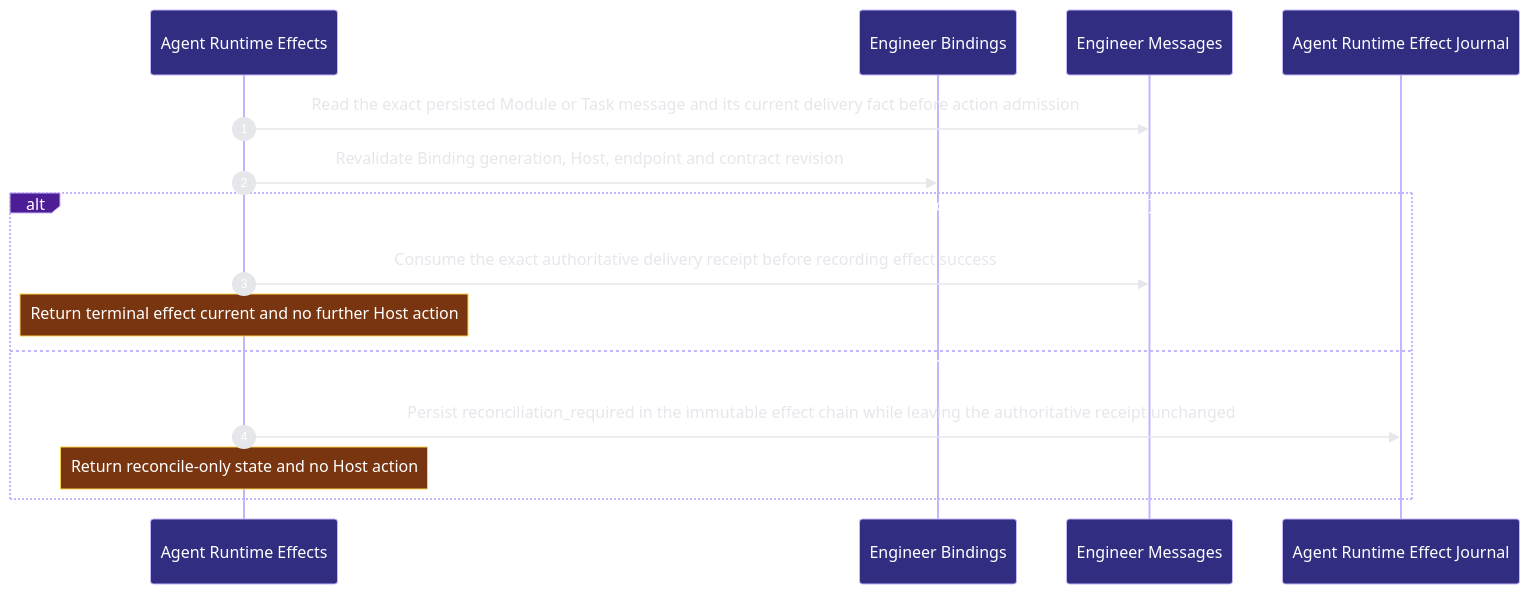
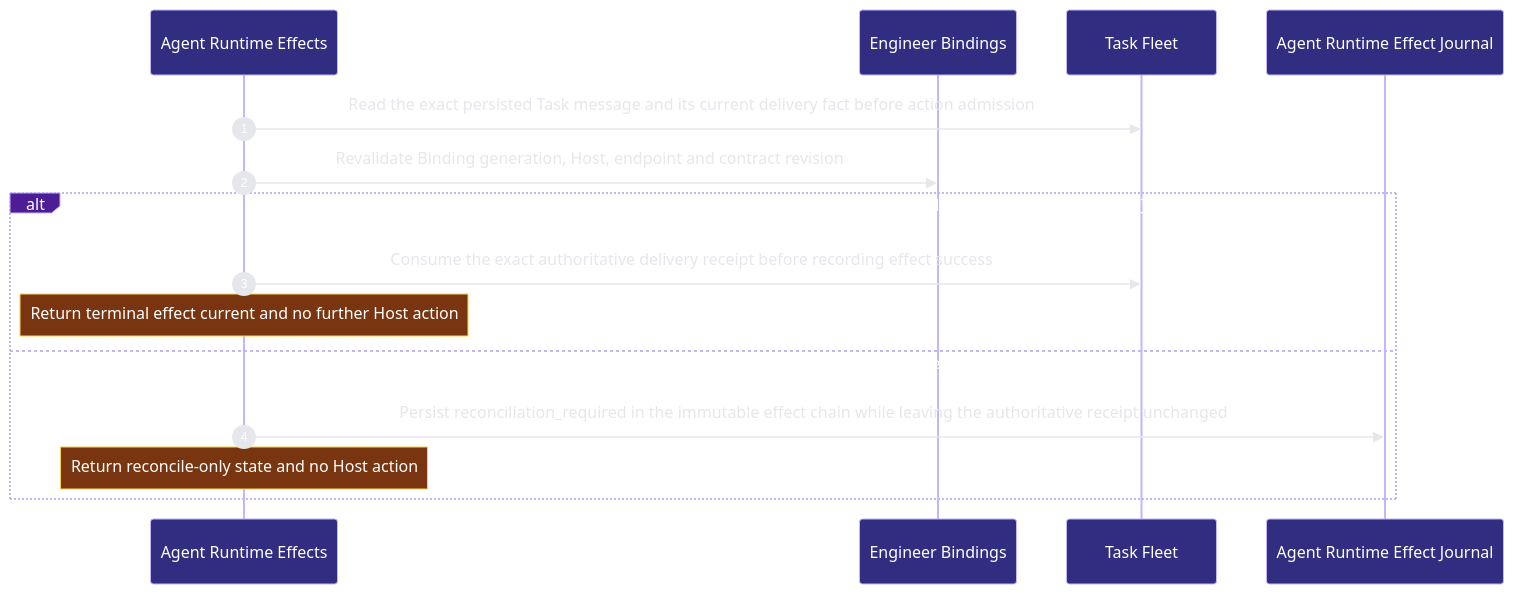
Before and after one commit to Ancienttwo/repo-harness: the second of 2 diagrams in docs/architecture/modules/runtime-harness/agent-runtime-effects.md, drawn with Mermaid. The commit also changed other lines of this file and 24 other files, not shown here.

Commit message:
docs(architecture): rebuild projection after capability retirement

````diff
--- a/docs/architecture/modules/runtime-harness/agent-runtime-effects.md
+++ b/docs/architecture/modules/runtime-harness/agent-runtime-effects.md
@@ -91,18 +91,18 @@
 ```mermaid
 %%{init: {"theme":"base","themeVariables":{"background":"#0d1117","actorBkg":"#312e81","actorBorder":"#c4b5fd","actorTextColor":"#ffffff","signalColor":"#e5e7eb","signalTextColor":"#e5e7eb","labelBoxBkgColor":"#4c1d95","labelBoxBorderColor":"#c4b5fd","labelTextColor":"#ffffff","noteBkgColor":"#78350f","noteBorderColor":"#fcd34d","noteTextColor":"#ffffff","sequenceNumberColor":"#ffffff"}}}%%
 sequenceDiagram
   autonumber
   participant p2_effect_journal_1eea3f14 as Agent Runtime Effects
   participant p2_binding_authority_b56d10c4 as Engineer Bindings
-  participant p2_message_authority_43d726e6 as Engineer Messages
+  participant p2_message_authority_43d726e6 as Task Fleet
   participant p2_effect_schema_e2bdceda as Agent Runtime Effect Journal
-  p2_effect_journal_1eea3f14->>p2_message_authority_43d726e6: Read the exact persisted Module or Task message and its current delivery fact before action admission
+  p2_effect_journal_1eea3f14->>p2_message_authority_43d726e6: Read the exact persisted Task message and its current delivery fact before action admission
   p2_effect_journal_1eea3f14->>p2_binding_authority_b56d10c4: Revalidate Binding generation#44; Host#44; endpoint and contract revision
   alt One immutable intent admits at most one Host action and exact receipt evidence closes the observation chain
   p2_effect_journal_1eea3f14->>p2_message_authority_43d726e6: Consume the exact authoritative delivery receipt before recording effect success
     Note over p2_effect_journal_1eea3f14: Return terminal effect current and no further Host action
   else Lost acknowledgement or ambiguous Host facts remain reconciliation_required without retry
   p2_effect_journal_1eea3f14->>p2_effect_schema_e2bdceda: Persist reconciliation_required in the immutable effect chain while leaving the authoritative receipt unchanged
     Note over p2_effect_journal_1eea3f14: Return reconcile-only state and no Host action
   end
 ```
````
